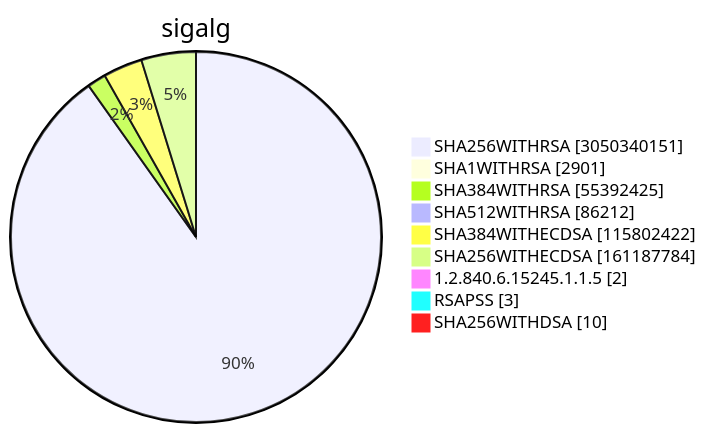
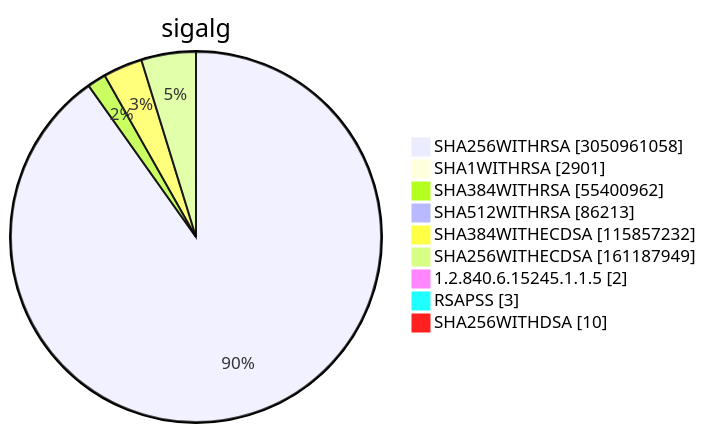
One commit to christiankrug/ctmonitor_visualization changed diagram 15 of 15 in TOTAL/README.md. Above: the diagram before and after it, drawn with Mermaid. The commit also changed other lines of this file, not shown here.

````diff
--- a/TOTAL/README.md
+++ b/TOTAL/README.md
@@ -6208,13 +6208,13 @@
 ```mermaid
 pie showData
 title sigalg
-"SHA256WITHRSA" :3050340151
+"SHA256WITHRSA" :3050961058
 "SHA1WITHRSA" :2901
-"SHA384WITHRSA" :55392425
-"SHA512WITHRSA" :86212
-"SHA384WITHECDSA" :115802422
-"SHA256WITHECDSA" :161187784
+"SHA384WITHRSA" :55400962
+"SHA512WITHRSA" :86213
+"SHA384WITHECDSA" :115857232
+"SHA256WITHECDSA" :161187949
 "1.2.840.6.15245.1.1.5" :2
 "RSAPSS" :3
 "SHA256WITHDSA" :10
 ```
````
